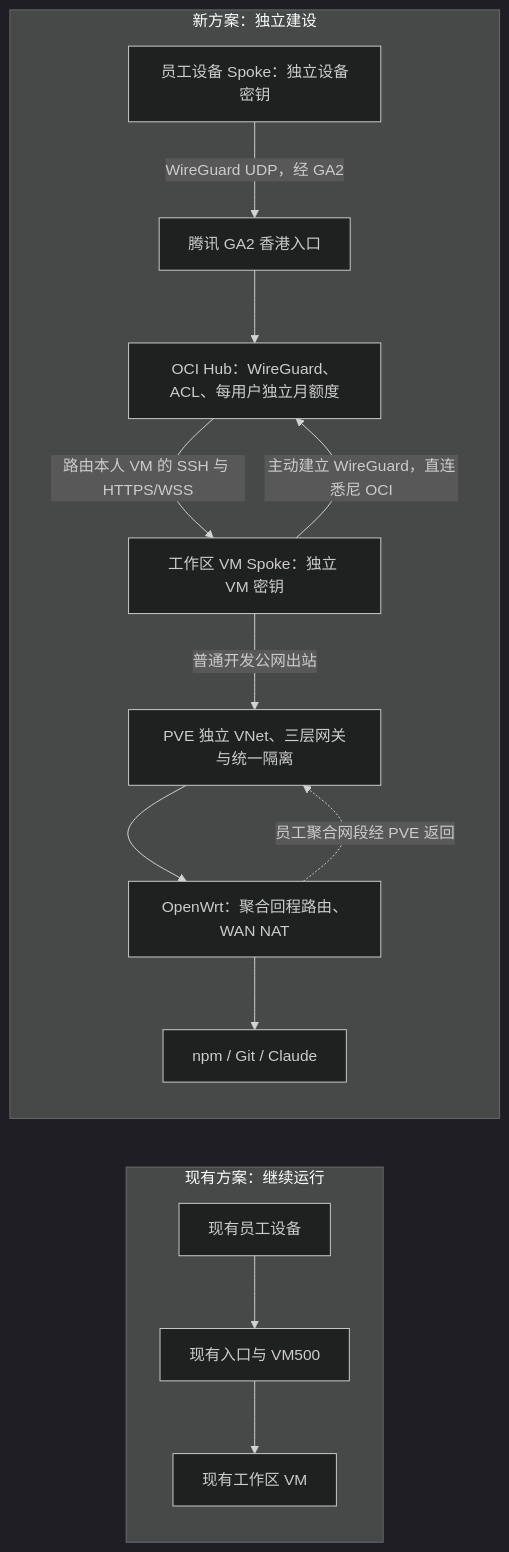
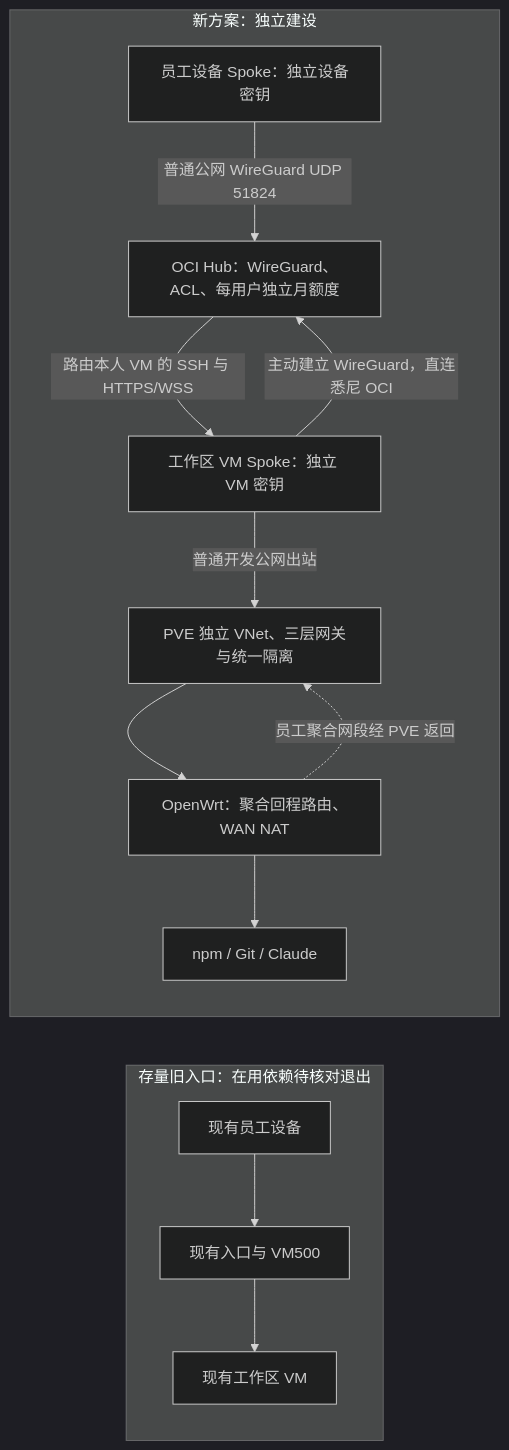
One commit to blue126/IaC changed the diagram in docs/architecture/oci-employee-vpn-hub.md. Above: the diagram before and after it, drawn with Mermaid (dark theme). The commit also changed other lines of this file and 20 other files, not shown here.

Commit message:
docs(oci-hub): record provisioning migration and operations

````diff
--- a/docs/architecture/oci-employee-vpn-hub.md
+++ b/docs/architecture/oci-employee-vpn-hub.md
@@ -39,17 +71,16 @@
 ```mermaid
 flowchart LR
-    subgraph Existing[现有方案：继续运行]
+    subgraph Existing[存量旧入口：在用依赖待核对退出]
     E[现有员工设备] --> O[现有入口与 VM500]
     O --> EV[现有工作区 VM]
     end
     subgraph New[新方案：独立建设]
-    U[员工设备 Spoke：独立设备密钥] -->|WireGuard UDP，经 GA2| G[腾讯 GA2 香港入口]
-    G --> H[OCI Hub：WireGuard、ACL、每用户独立月额度]
+    U[员工设备 Spoke：独立设备密钥] -->|普通公网 WireGuard UDP 51824| H[OCI Hub：WireGuard、ACL、每用户独立月额度]
     V[工作区 VM Spoke：独立 VM 密钥] -->|主动建立 WireGuard，直连悉尼 OCI| H
     H -->|路由本人 VM 的 SSH 与 HTTPS/WSS| V
     V -->|普通开发公网出站| S[PVE 独立 VNet、三层网关与统一隔离]
     S --> R[OpenWrt：聚合回程路由、WAN NAT]
     R --> I[npm / Git / Claude]
     R -.员工聚合网段经 PVE 返回.-> S
     end
 ```
````
